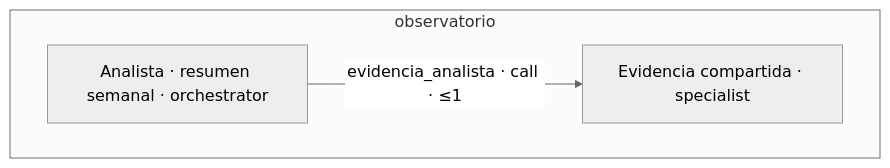
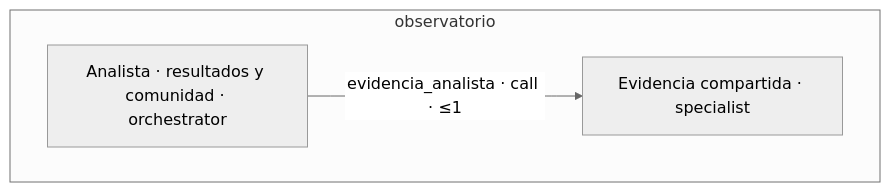
Diagram 13 of 13 in docs/arquitectura/grafo.md (gustavop-dev/barrio-ai), drawn with Mermaid (neutral theme) before and after one commit. The commit also changed other lines of this file and 33 other files, not shown here.

````diff
--- a/docs/arquitectura/grafo.md
+++ b/docs/arquitectura/grafo.md
@@ -433,9 +438,9 @@
 ```mermaid
 flowchart TD
   classDef planned stroke-dasharray: 5 5,fill:#f5f5f5,color:#555;
   subgraph grupo_observatorio["observatorio"]
-    analista_barrio_resultados["Analista · resumen semanal · orchestrator"]
+    analista_barrio_resultados["Analista · resultados y comunidad · orchestrator"]
     evidencia_compartida["Evidencia compartida · specialist"]
   end
   analista_barrio_resultados -->|"evidencia_analista · call · ≤1"| evidencia_compartida
 ```
````
